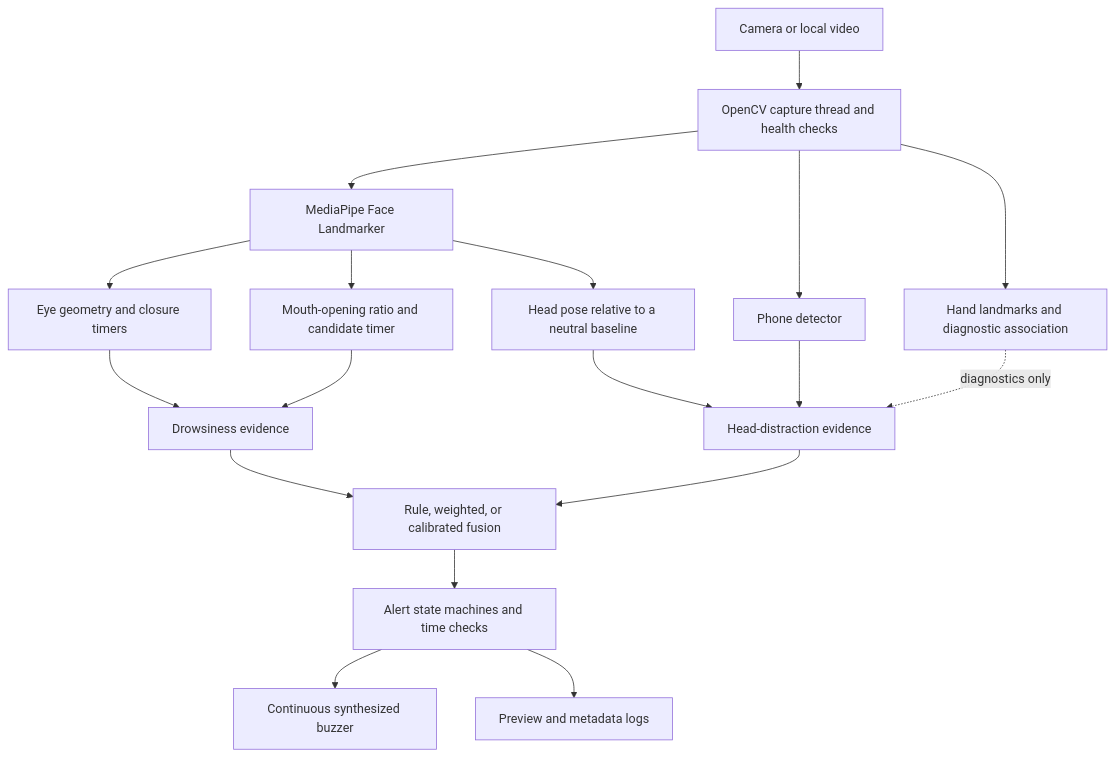
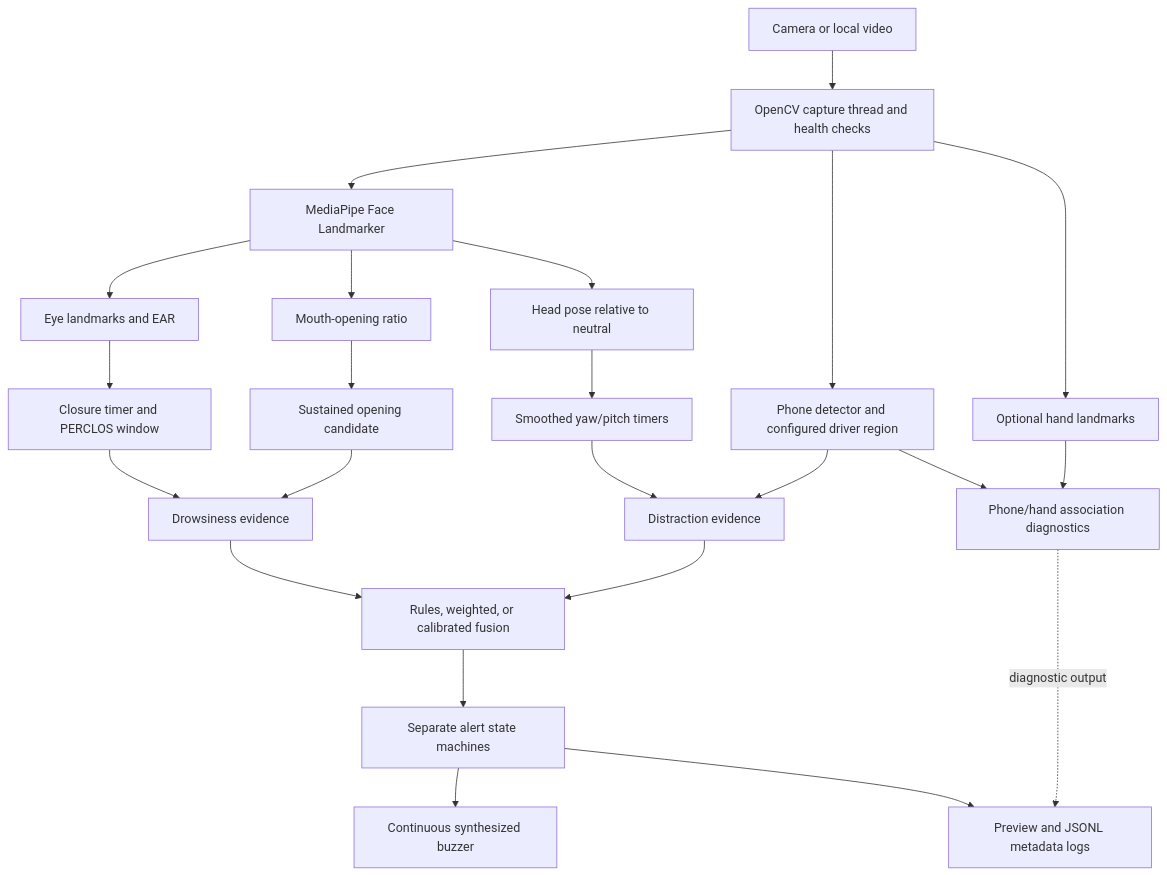
Before and after one commit to anantkumarc/DriveSentinel: the diagram in README.md, drawn with Mermaid. The commit also changed other lines of this file, not shown here.

````diff
--- a/README.md
+++ b/README.md
@@ -29,20 +109,25 @@
 ```mermaid
 flowchart TD
-    Camera[Camera or local video] --> Capture[OpenCV capture thread and health checks]
+    Input[Camera or local video] --> Capture[OpenCV capture thread and health checks]
     Capture --> Face[MediaPipe Face Landmarker]
-    Face --> Eyes[Eye geometry and closure timers]
-    Face --> Mouth[Mouth-opening ratio and candidate timer]
-    Face --> Pose[Head pose relative to a neutral baseline]
-    Capture --> Phone[Phone detector]
-    Capture --> Hands[Hand landmarks and diagnostic association]
-    Eyes --> Drowsy[Drowsiness evidence]
-    Mouth --> Drowsy
-    Pose --> Distract[Head-distraction evidence]
+    Face --> Eyes[Eye landmarks and EAR]
+    Eyes --> EyeTime[Closure timer and PERCLOS window]
+    EyeTime --> Drowsy[Drowsiness evidence]
+    Face --> Mouth[Mouth-opening ratio]
+    Mouth --> MouthTime[Sustained opening candidate]
+    MouthTime --> Drowsy
+    Face --> Pose[Head pose relative to neutral]
+    Pose --> HeadTime[Smoothed yaw/pitch timers]
+    HeadTime --> Distract[Distraction evidence]
+    Capture --> Phone[Phone detector and configured driver region]
     Phone --> Distract
-    Hands -. diagnostics only .-> Distract
-    Drowsy --> Fusion[Rule, weighted, or calibrated fusion]
+    Capture --> Hands[Optional hand landmarks]
+    Phone --> Assoc[Phone/hand association diagnostics]
+    Hands --> Assoc
+    Drowsy --> Fusion[Rules, weighted, or calibrated fusion]
     Distract --> Fusion
-    Fusion --> Alert[Alert state machines and time checks]
-    Alert --> Audio[Continuous synthesized buzzer]
-    Alert --> Output[Preview and metadata logs]
+    Fusion --> States[Separate alert state machines]
+    States --> Audio[Continuous synthesized buzzer]
+    States --> Outputs[Preview and JSONL metadata logs]
+    Assoc -. diagnostic output .-> Outputs
 ```
````
